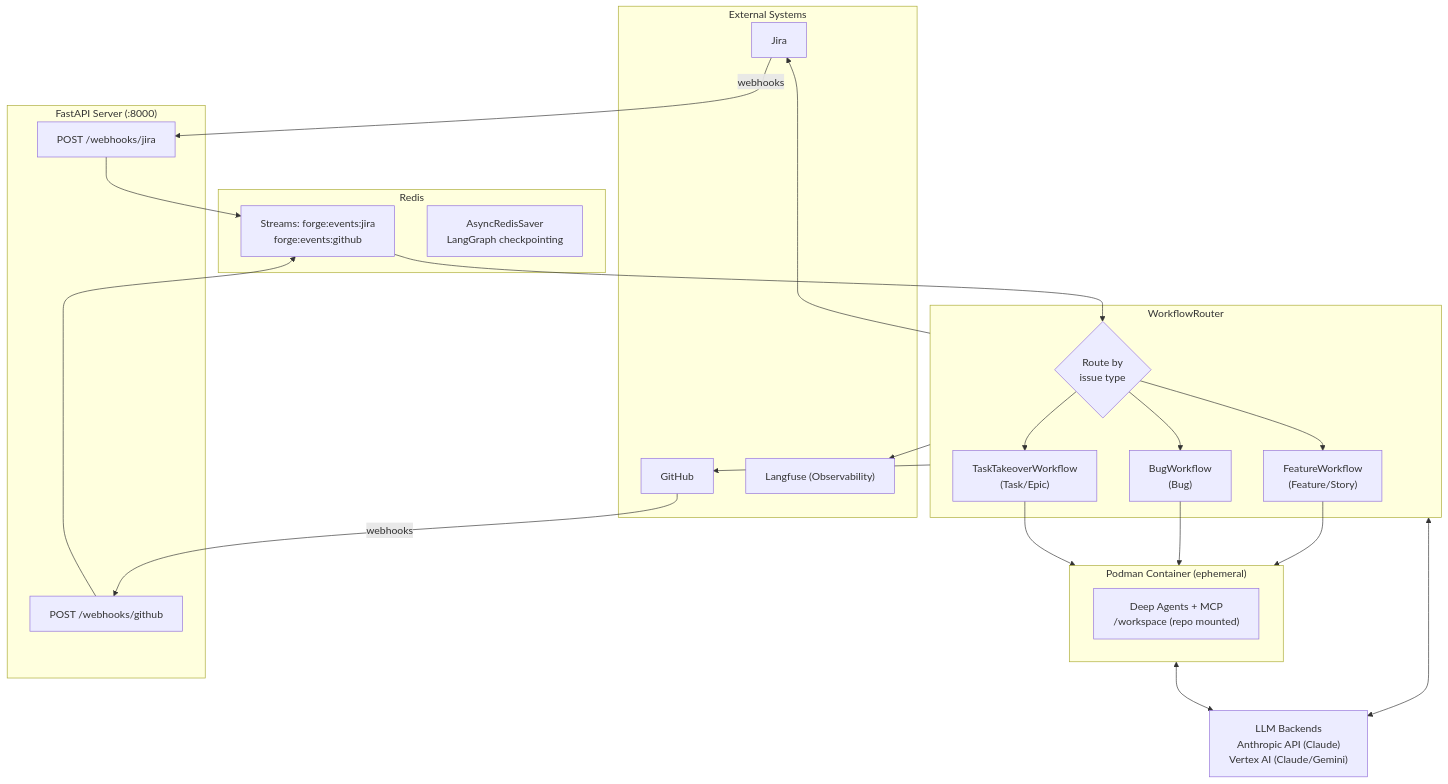
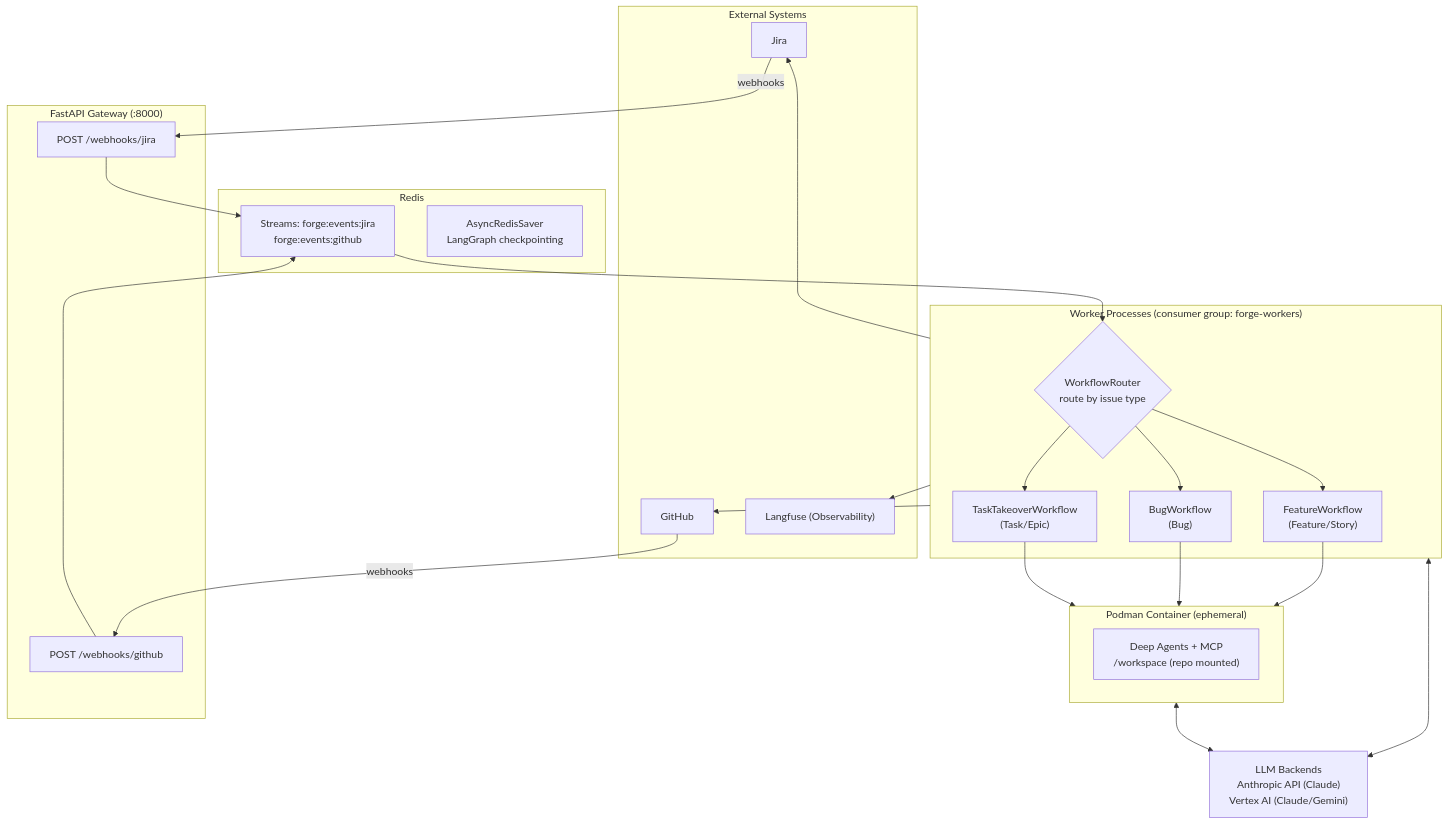
Before and after one commit to ekuris-redhat/forge: the first of 4 diagrams in docs/architecture.md, drawn with Mermaid. The commit also changed other lines of this file, not shown here.

Commit message:
Address PR review feedback on architecture diagram
1. Feature: change human_review_gate edge label from 'approved' to 'merged'
2. Bug: fix RCA flow to show conditional decision at reflect_rca instead of fork
3. Task: rename qualitative_review to run_qualitative_review (actual node name)
4. Fix checkpoint legend from HTML-escaped text to inline code
5. System overview: rename to Gateway/Workers to show gateway->redis->workers flow

````diff
--- a/docs/architecture.md
+++ b/docs/architecture.md
@@ -16,48 +16,48 @@
 ```mermaid
 flowchart TD
     subgraph External["External Systems"]
         Jira
         GitHub
         Langfuse["Langfuse (Observability)"]
     end
 
-    subgraph API["FastAPI Server (:8000)"]
+    subgraph Gateway["FastAPI Gateway (:8000)"]
         JiraWH["POST /webhooks/jira"]
         GitHubWH["POST /webhooks/github"]
     end
 
     subgraph Queue["Redis"]
         Streams["Streams: forge:events:jira\nforge:events:github"]
         State["AsyncRedisSaver\nLangGraph checkpointing"]
     end
 
-    subgraph Router["WorkflowRouter"]
-        Route{"Route by\nissue type"}
+    subgraph Workers["Worker Processes (consumer group: forge-workers)"]
+        Router{"WorkflowRouter\nroute by issue type"}
         Feature["FeatureWorkflow\n(Feature/Story)"]
         Bug["BugWorkflow\n(Bug)"]
         Task["TaskTakeoverWorkflow\n(Task/Epic)"]
     end
 
     subgraph Container["Podman Container (ephemeral)"]
         Agent["Deep Agents + MCP\n/workspace (repo mounted)"]
     end
 
     LLM["LLM Backends\nAnthropic API (Claude)\nVertex AI (Claude/Gemini)"]
 
     Jira -- webhooks --> JiraWH
     GitHub -- webhooks --> GitHubWH
     JiraWH --> Streams
     GitHubWH --> Streams
-    Streams --> Route
-    Route --> Feature
-    Route --> Bug
-    Route --> Task
+    Streams --> Router
+    Router --> Feature
+    Router --> Bug
+    Router --> Task
     Feature --> Container
     Bug --> Container
     Task --> Container
-    Router <--> LLM
+    Workers <--> LLM
     Container <--> LLM
-    Router --> Jira
-    Router --> GitHub
-    Router --> Langfuse
+    Workers --> Jira
+    Workers --> GitHub
+    Workers --> Langfuse
 ```
````
